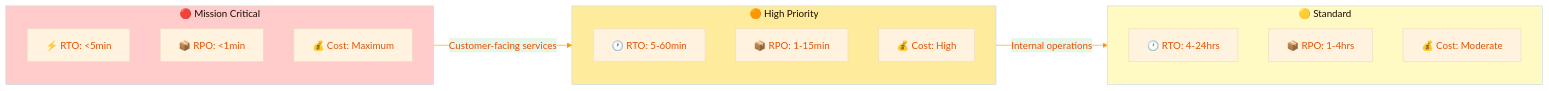
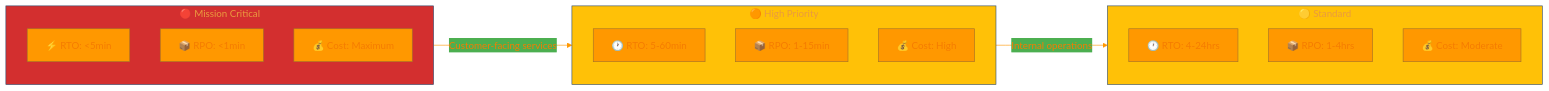
Before and after one commit to Hack23/ISMS-PUBLIC: the third of 4 diagrams in Information_Security_Strategy.md, drawn with Mermaid. The commit also changed other lines of this file, not shown here.

````diff
--- a/Information_Security_Strategy.md
+++ b/Information_Security_Strategy.md
@@ -376,39 +452,39 @@
 ```mermaid
 %%{
   init: {
     'theme': 'base',
     'themeVariables': {
-      'primaryColor': '#fff3e0',
-      'primaryTextColor': '#e65100',
+      'primaryColor': '#FF9800',
+      'primaryTextColor': '#F57C00',
       'lineColor': '#ff9800',
-      'secondaryColor': '#e8f5e9',
-      'tertiaryColor': '#e3f2fd'
+      'secondaryColor': '#4CAF50',
+      'tertiaryColor': '#1565C0'
     }
   }
 }%%
 flowchart LR
     subgraph CRITICAL["🔴 Mission Critical"]
         RTO_INSTANT[⚡ RTO: <5min]
         RPO_ZERO[📦 RPO: <1min]
         COST_MAX[💰 Cost: Maximum]
     end
     
     subgraph HIGH["🟠 High Priority"]
         RTO_CRITICAL[🕐 RTO: 5-60min]
         RPO_REALTIME[📦 RPO: 1-15min]
         COST_HIGH[💰 Cost: High]
     end
     
     subgraph STANDARD["🟡 Standard"]
         RTO_MEDIUM[🕐 RTO: 4-24hrs]
         RPO_HOURLY[📦 RPO: 1-4hrs]
         COST_MOD[💰 Cost: Moderate]
     end
     
     CRITICAL --> |"Customer-facing services"| HIGH
     HIGH --> |"Internal operations"| STANDARD
     
-    style CRITICAL fill:#ffcccb
-    style HIGH fill:#ffeb9c
-    style STANDARD fill:#fff9c4
+    style CRITICAL fill:#D32F2F
+    style HIGH fill:#FFC107
+    style STANDARD fill:#FFC107
 ```
````
